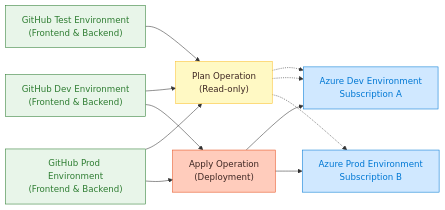
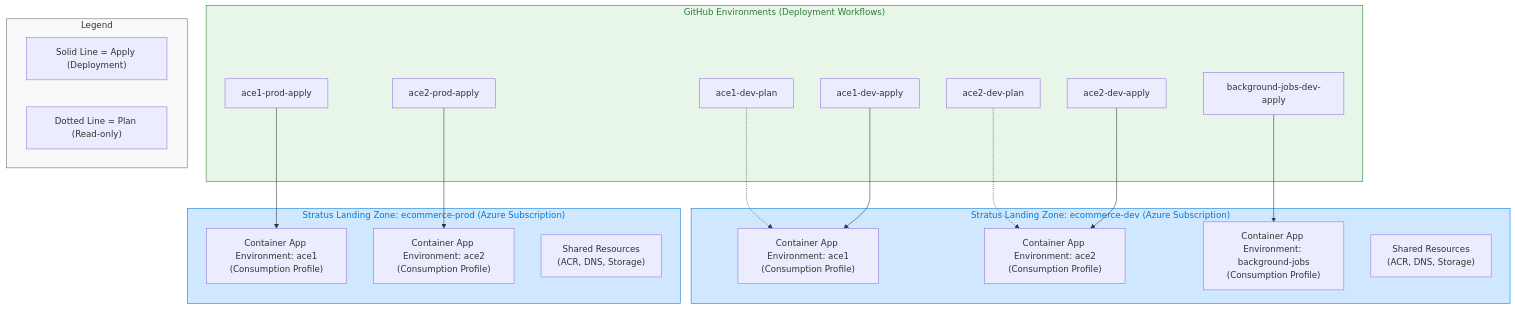
The first of 2 diagrams in README.md (HafslundEcoVannkraft/stratus-tf-github-environments), drawn with Mermaid before and after one commit. The commit also changed other lines of this file and 6 other files, not shown here.

First line of the commit message:
feat: implement remote state convention for GitHub environment configuration

````diff
--- a/README.md
+++ b/README.md
@@ -236,33 +394,48 @@
 ```mermaid
-flowchart LR
-    %% Define Azure environments
-    AzureDev["Azure Dev Environment<br>Subscription A"]
-    AzureProd["Azure Prod Environment<br>Subscription B"]
-    style AzureDev fill:#d0e8ff,stroke:#0078d4,color:#0078d4
-    style AzureProd fill:#d0e8ff,stroke:#0078d4,color:#0078d4
-
-    %% Define GitHub environments 
-    GHDev["GitHub Dev Environment<br>(Frontend & Backend)"]
-    GHTest["GitHub Test Environment<br>(Frontend & Backend)"]
-    GHProd["GitHub Prod Environment<br>(Frontend & Backend)"]
+flowchart TB
+    %% Stratus Landing Zones (Subscriptions)
+    subgraph StratusDevLZ["Stratus Landing Zone: ecommerce-dev (Azure Subscription)"]
+        DevACE1["Container App Environment: ace1<br>(Consumption Profile)"]
+        DevACE2["Container App Environment: ace2<br>(Consumption Profile)"] 
+        DevACE3["Container App Environment: background-jobs<br>(Consumption Profile)"]
+        DevShared["Shared Resources<br>(ACR, DNS, Storage)"]
+    end
     
-    %% Style GitHub environments
-    style GHDev fill:#e8f5e9,stroke:#2e7d32,color:#2e7d32
-    style GHTest fill:#e8f5e9,stroke:#2e7d32,color:#2e7d32
-    style GHProd fill:#e8f5e9,stroke:#2e7d32,color:#2e7d32
+    subgraph StratusProdLZ["Stratus Landing Zone: ecommerce-prod (Azure Subscription)"]
+        ProdACE1["Container App Environment: ace1<br>(Consumption Profile)"]
+        ProdACE2["Container App Environment: ace2<br>(Consumption Profile)"]
+        ProdShared["Shared Resources<br>(ACR, DNS, Storage)"]
+    end
     
-    %% Define operations
-    PlanOp["Plan Operation<br>(Read-only)"]
-    ApplyOp["Apply Operation<br>(Deployment)"]
-    style PlanOp fill:#fff9c4,stroke:#fbc02d,color:#3e2723
-    style ApplyOp fill:#ffccbc,stroke:#e64a19,color:#3e2723
+    %% GitHub Environments
+    subgraph GitHubEnvs["GitHub Environments (Deployment Workflows)"]
+        GH1["ace1-dev-plan"]
+        GH2["ace1-dev-apply"] 
+        GH3["ace2-dev-plan"]
+        GH4["ace2-dev-apply"]
+        GH5["background-jobs-dev-apply"]
+        GH6["ace1-prod-apply"]
+        GH7["ace2-prod-apply"]
+    end
     
-    %% Connection lines
-    GHDev --> PlanOp -.-> AzureDev
-    GHDev --> ApplyOp --> AzureDev
+    %% Styling
+    style StratusDevLZ fill:#d0e8ff,stroke:#0078d4,color:#0078d4
+    style StratusProdLZ fill:#d0e8ff,stroke:#0078d4,color:#0078d4
+    style GitHubEnvs fill:#e8f5e9,stroke:#2e7d32,color:#2e7d32
     
-    GHTest --> PlanOp -.-> AzureDev
+    %% Connections
+    GH1 -.-> DevACE1
+    GH2 --> DevACE1
+    GH3 -.-> DevACE2
+    GH4 --> DevACE2
+    GH5 --> DevACE3
+    GH6 --> ProdACE1
+    GH7 --> ProdACE2
     
-    GHProd --> PlanOp -.-> AzureProd  
-    GHProd --> ApplyOp --> AzureProd
+    %% Legend
+    subgraph Legend["Legend"]
+        L1["Solid Line = Apply (Deployment)"]
+        L2["Dotted Line = Plan (Read-only)"]
+    end
+    style Legend fill:#f9f9f9,stroke:#666,color:#333
 ```
````
